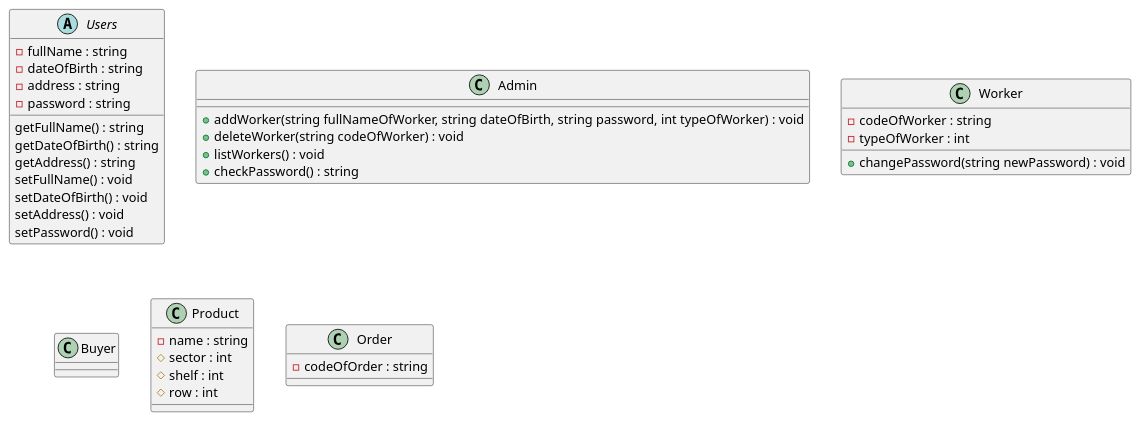
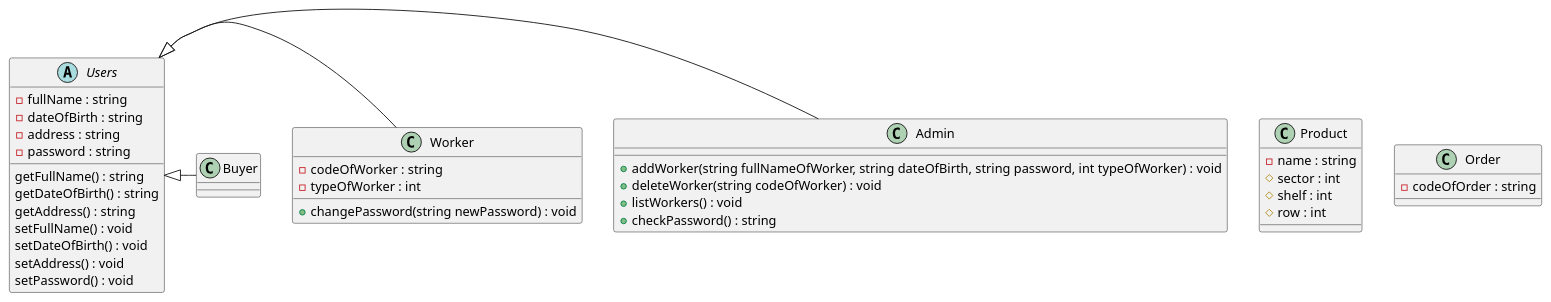
The diagram in classmeghatarozas.wsd (Leves01/Szoftvertechnologia), drawn with PlantUML before and after one commit.

```diff
--- a/classmeghatarozas.wsd
+++ b/classmeghatarozas.wsd
@@ -1,54 +1,58 @@
 @startuml classmeghatarozas
 
 'Classok a programon belül
 
 abstract class Users {
     -fullName : string
     -dateOfBirth : string
     -address : string
     -password : string
     getFullName() : string
     getDateOfBirth() : string
     getAddress() : string
     setFullName() : void
     setDateOfBirth() : void
     setAddress() : void
     setPassword() : void
 }
 
 class Admin {
     +addWorker(string fullNameOfWorker, string dateOfBirth, string password, int typeOfWorker) : void
     +deleteWorker(string codeOfWorker) : void
     +listWorkers() : void
     +checkPassword() : string
 }
 
 class Worker {
     -codeOfWorker : string
     -typeOfWorker : int
     +changePassword(string newPassword) : void
 }
 
 class Buyer {
     
 }
 
 class Product {
     -name : string
     #sector : int
     #shelf : int
     #row : int
 }
 
 class Order {
     -codeOfOrder : string
 }
 
 ' class ListOfWorkers {
 '     #listOfWorkers[] : Worker
 '     +listWorkers() : void
 ' }
 
 ' Kapcsolodasok a classok kozott
 
+Users <|- Admin
+Users <|- Worker
+Users <|- Buyer
+
 @enduml
```
